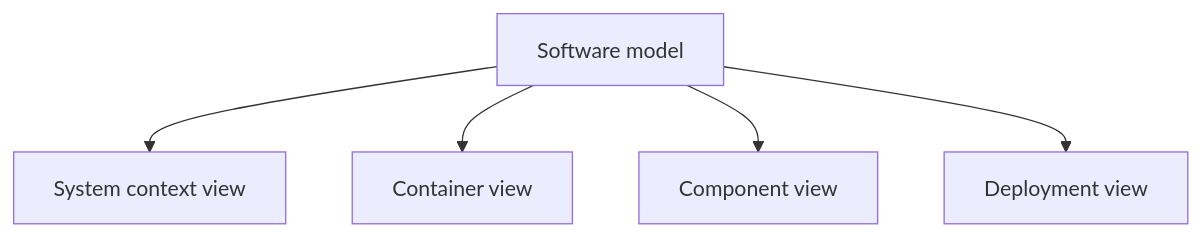
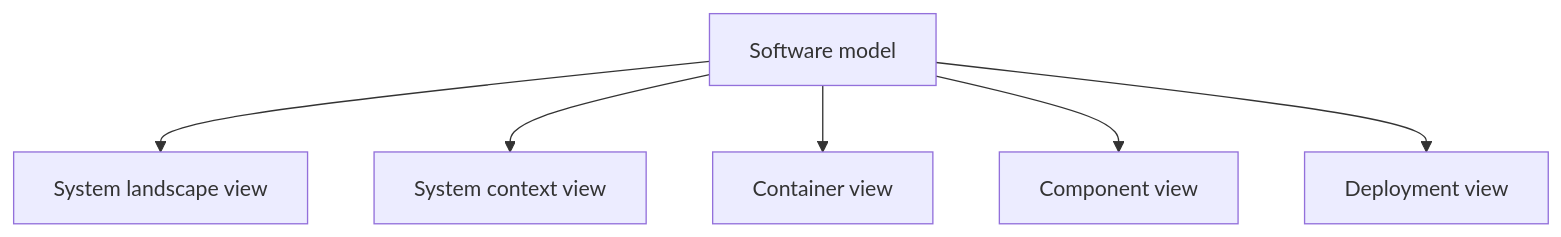
One commit to pavel-agarkov/live-arch changed the first of 5 diagrams in slides/sections/4.structurizr.md. Above: the diagram before and after it, drawn with Mermaid. The commit also changed other lines of this file and 7 other files, not shown here.

````diff
--- a/slides/sections/4.structurizr.md
+++ b/slides/sections/4.structurizr.md
@@ -10,7 +10,8 @@
 ```mermaid
 flowchart TB
-    A[Software model] --> B[System context view]
+    A[Software model] --> X[System landscape view]
+    A --> B[System context view]
     A --> C[Container view]
     A --> D[Component view]
     A --> E[Deployment view]
 ```
````
